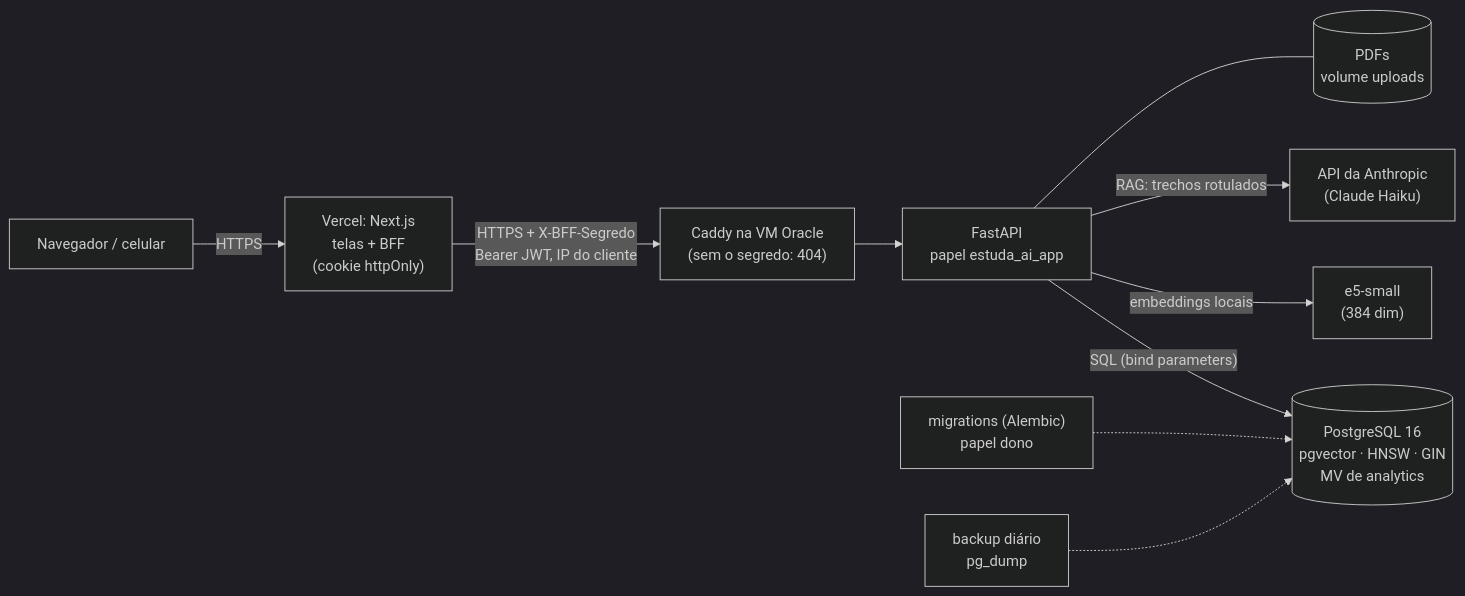
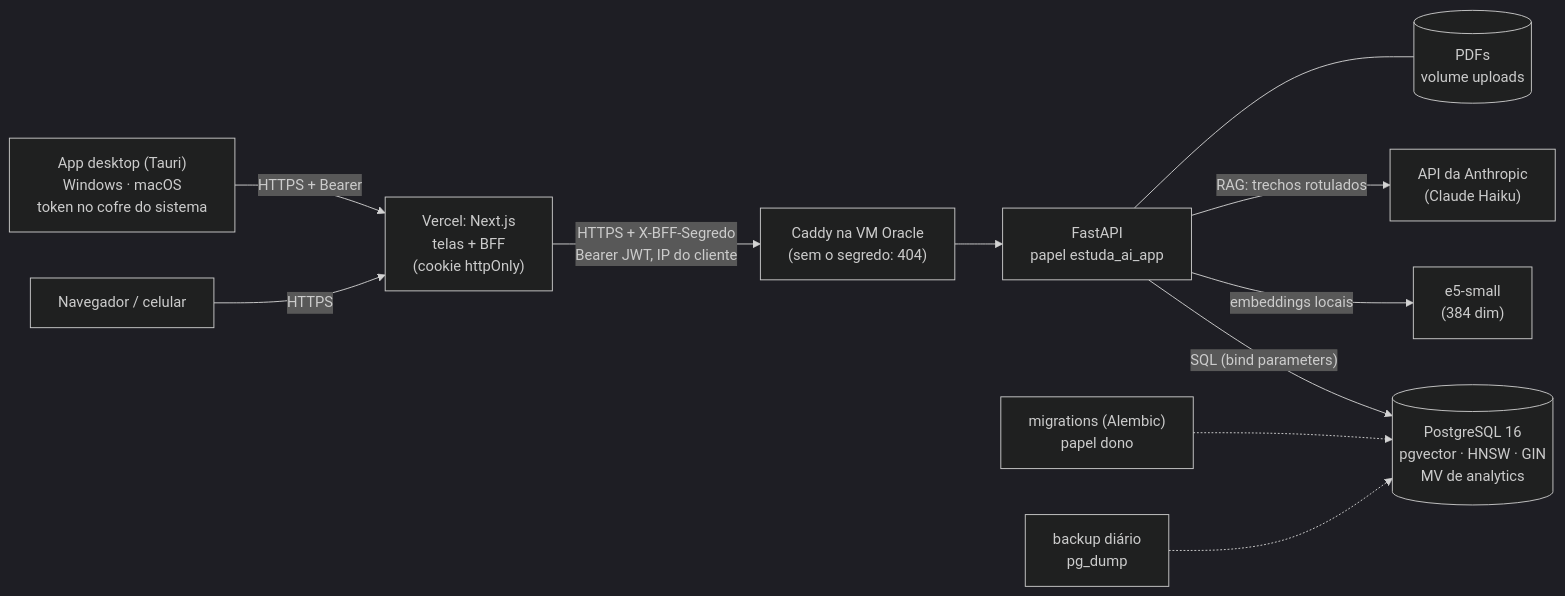
The diagram in README.md (bergols/estuda-ai), drawn with Mermaid (dark theme) before and after one commit. The commit also changed other lines of this file and 5 other files, not shown here.

First line of the commit message:
docs: app desktop (arquitetura, login pelo cofre, instalar sem assinatura) e exercícios da fase 7

````diff
--- a/README.md
+++ b/README.md
@@ -18,12 +18,13 @@
 ```mermaid
 flowchart LR
     U["Navegador / celular"] -- HTTPS --> N["Vercel: Next.js<br/>telas + BFF<br/>(cookie httpOnly)"]
+    D["App desktop (Tauri)<br/>Windows · macOS<br/>token no cofre do sistema"] -- "HTTPS + Bearer" --> N
     N -- "HTTPS + X-BFF-Segredo<br/>Bearer JWT, IP do cliente" --> C["Caddy na VM Oracle<br/>(sem o segredo: 404)"]
     C --> B["FastAPI<br/>papel estuda_ai_app"]
     B -- "SQL (bind parameters)" --> P[("PostgreSQL 16<br/>pgvector · HNSW · GIN<br/>MV de analytics")]
     B -- "embeddings locais" --> E["e5-small<br/>(384 dim)"]
     B -- "RAG: trechos rotulados" --> A["API da Anthropic<br/>(Claude Haiku)"]
     B --- F[("PDFs<br/>volume uploads")]
     M["migrations (Alembic)<br/>papel dono"] -.-> P
     K["backup diário<br/>pg_dump"] -.-> P
 ```
````
